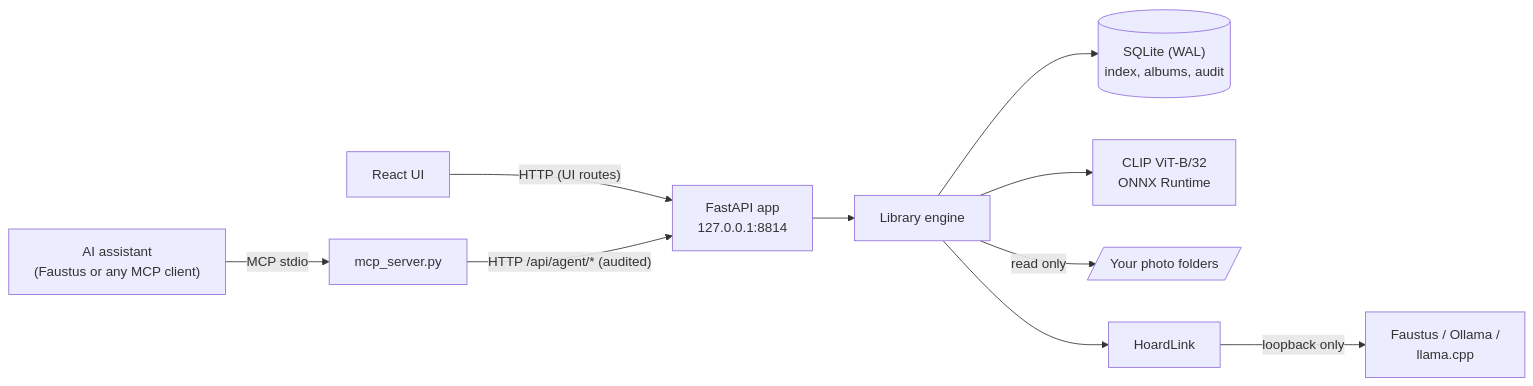
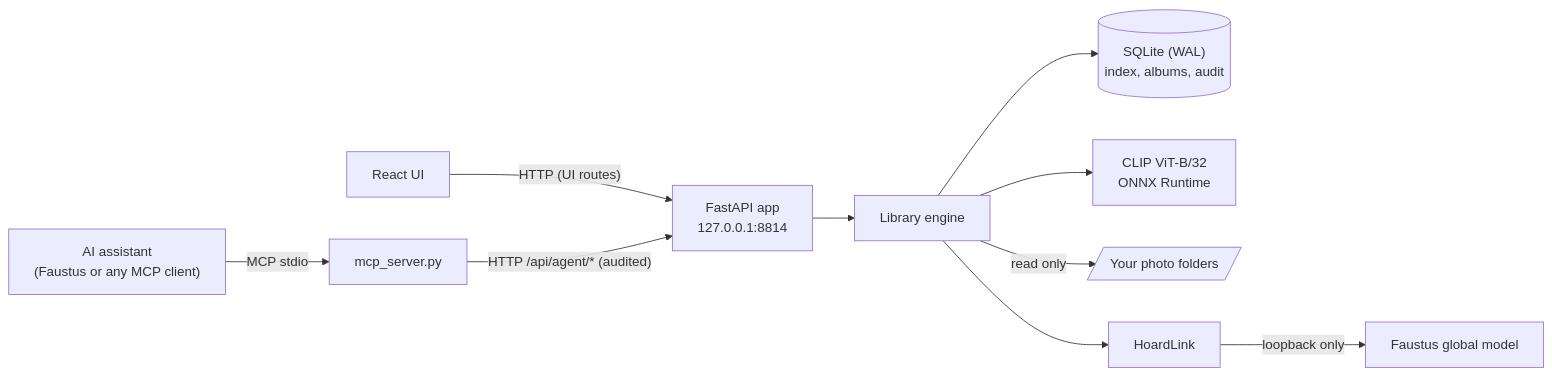
The diagram in README.md (Luissalet/DaguerresHoard), drawn with Mermaid before and after one commit. The commit also changed other lines of this file and 13 other files, not shown here.

````diff
--- a/README.md
+++ b/README.md
@@ -307,11 +307,11 @@
 ```mermaid
 flowchart LR
     UI["React UI"] -->|"HTTP (UI routes)"| API["FastAPI app<br/>127.0.0.1:8814"]
     AI["AI assistant<br/>(Faustus or any MCP client)"] -->|"MCP stdio"| MCP["mcp_server.py"]
     MCP -->|"HTTP /api/agent/* (audited)"| API
     API --> ENG["Library engine"]
     ENG --> DB[("SQLite (WAL)<br/>index, albums, audit")]
     ENG --> CLIP["CLIP ViT-B/32<br/>ONNX Runtime"]
     ENG -->|"read only"| PICS[/"Your photo folders"/]
-    ENG --> HL["HoardLink"] -->|"loopback only"| LLM["Faustus / Ollama /<br/>llama.cpp"]
+    ENG --> HL["HoardLink"] -->|"loopback only"| LLM["Faustus global model"]
 ```
````
